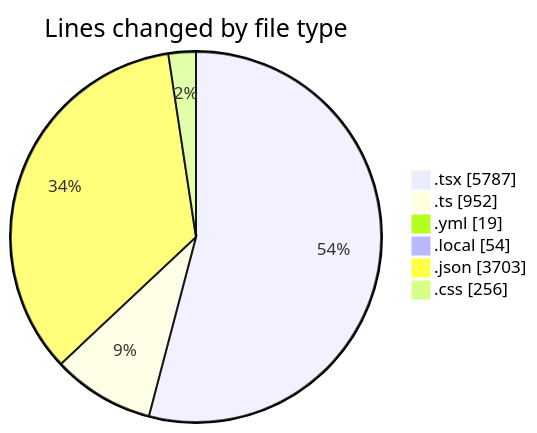
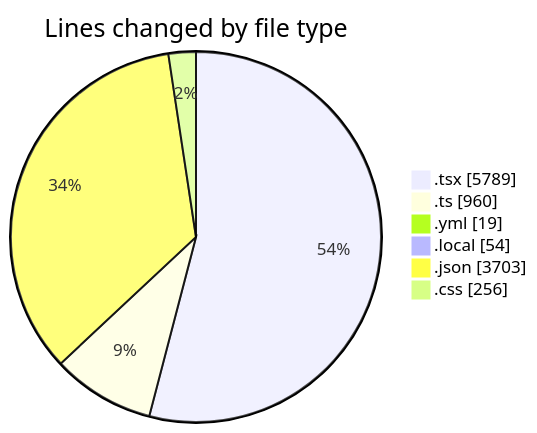
One commit to julien-gomy/code-tracking changed the first of 2 diagrams in 2025-11-18/eventscop-frontend-guide__workspace_/README.md. Above: the diagram before and after it, drawn with Mermaid. The commit also changed other lines of this file and 1 other file, not shown here.

````diff
--- a/2025-11-18/eventscop-frontend-guide__workspace_/README.md
+++ b/2025-11-18/eventscop-frontend-guide__workspace_/README.md
@@ -71,10 +71,10 @@
 ```mermaid
 pie showData
 title Lines changed by file type
-".tsx" : 5787
-".ts" : 952
+".tsx" : 5789
+".ts" : 960
 ".yml" : 19
 ".local" : 54
 ".json" : 3703
 ".css" : 256
 ```
````
